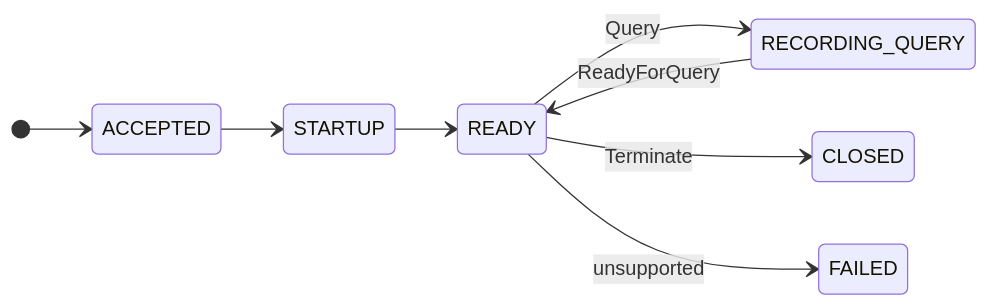
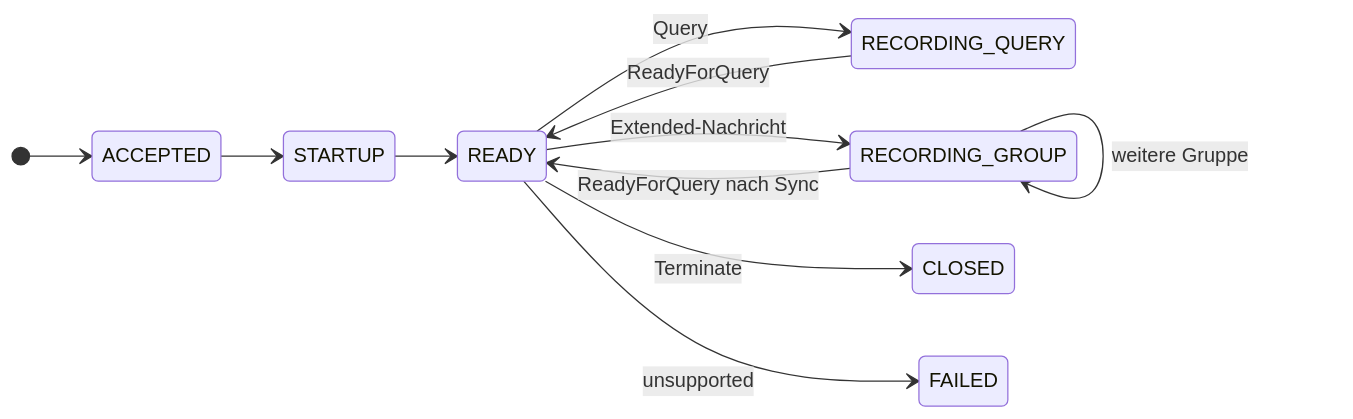
One commit to pt9912/pgwire-recorder changed the sixth of 7 diagrams in spec/architecture.md. Above: the diagram before and after it, drawn with Mermaid. The commit also changed other lines of this file and 1 other file, not shown here.

````diff
--- a/spec/architecture.md
+++ b/spec/architecture.md
@@ -364,11 +397,14 @@
 ```mermaid
 stateDiagram-v2
     direction LR
     [*] --> ACCEPTED
     ACCEPTED --> STARTUP
     STARTUP --> READY
     READY --> RECORDING_QUERY: Query
     RECORDING_QUERY --> READY: ReadyForQuery
+    READY --> RECORDING_GROUP: Extended-Nachricht
+    RECORDING_GROUP --> RECORDING_GROUP: weitere Gruppe
+    RECORDING_GROUP --> READY: ReadyForQuery nach Sync
     READY --> CLOSED: Terminate
     READY --> FAILED: unsupported
 ```
````
